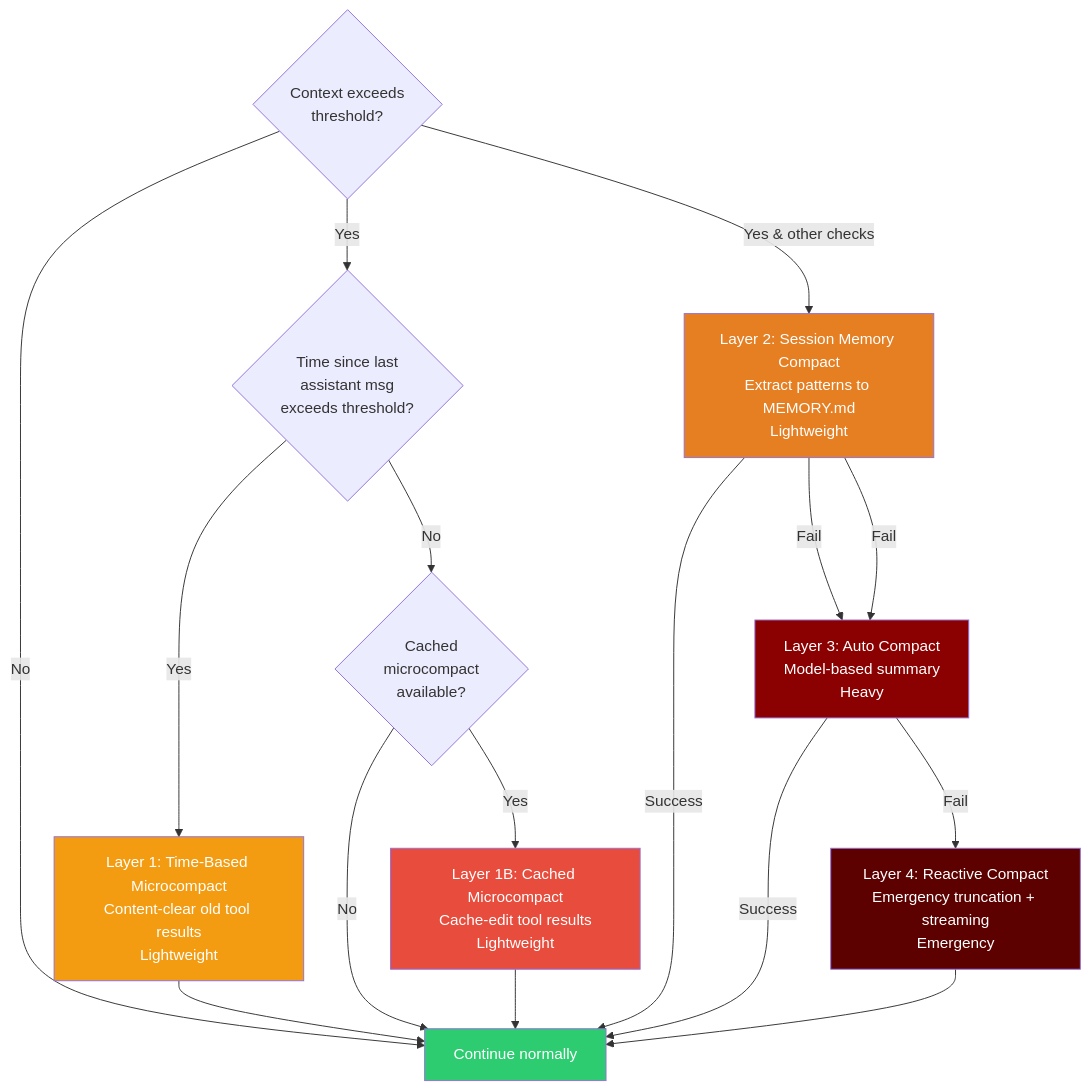
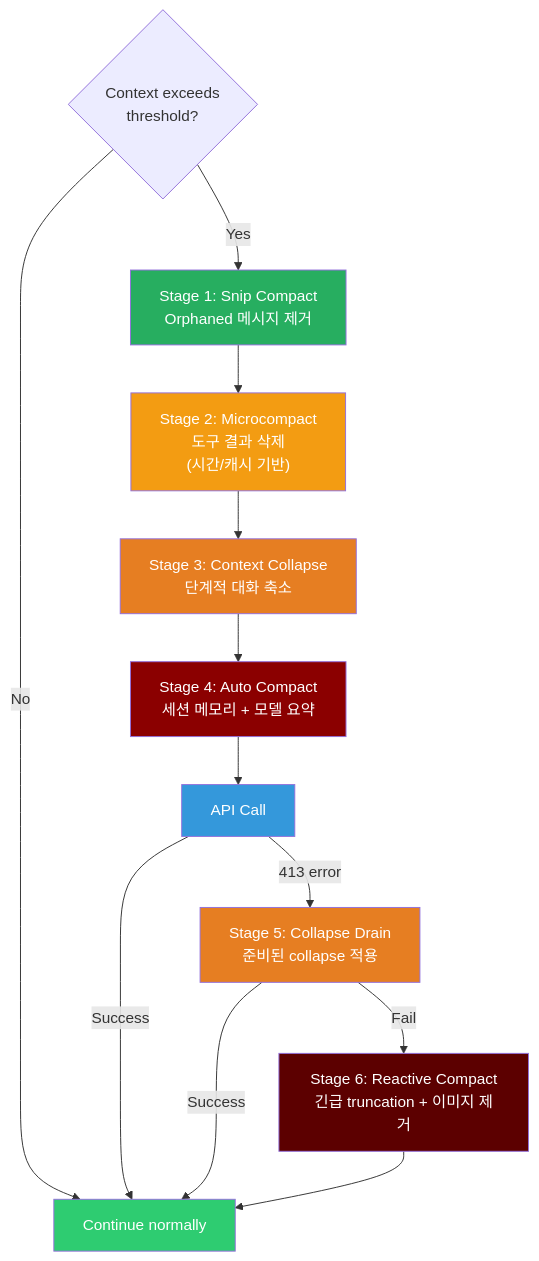
One commit to hi-space/claude-code-unpack-docs changed the second of 4 diagrams in docs/deep/ko/memory/context-budgeting.md. Above: the diagram before and after it, drawn with Mermaid. The commit also changed other lines of this file and 51 other files, not shown here.

````diff
--- a/docs/deep/ko/memory/context-budgeting.md
+++ b/docs/deep/ko/memory/context-budgeting.md
@@ -49,33 +49,26 @@
 ```mermaid
 flowchart TB
     Check{Context exceeds<br/>threshold?}
     Check -->|No| Continue[Continue normally]
-    Check -->|Yes| TBM{Time since last<br/>assistant msg<br/>exceeds threshold?}
-    
-    TBM -->|Yes| L1["Layer 1: Time-Based Microcompact<br/>Content-clear old tool results<br/>Lightweight"]
-    TBM -->|No| CACHE{Cached<br/>microcompact<br/>available?}
-    
-    L1 --> Continue
-    
-    CACHE -->|Yes| L1B["Layer 1B: Cached Microcompact<br/>Cache-edit tool results<br/>Lightweight"]
-    CACHE -->|No| Continue
-    L1B --> Continue
-    
-    Check -->|Yes & other checks| L2["Layer 2: Session Memory Compact<br/>Extract patterns to MEMORY.md<br/>Lightweight"]
-    L2 -->|Success| Continue
-    L2 -->|Fail| L3
-    
-    L2 -->|Fail| L3["Layer 3: Auto Compact<br/>Model-based summary<br/>Heavy"]
-    L3 -->|Success| Continue
-    L3 -->|Fail| L4
-    
-    L4["Layer 4: Reactive Compact<br/>Emergency truncation + streaming<br/>Emergency"]
-    L4 --> Continue
-    
+
+    Check -->|Yes| S1["Stage 1: Snip Compact<br/>Orphaned 메시지 제거"]
+    S1 --> S2["Stage 2: Microcompact<br/>도구 결과 삭제<br/>(시간/캐시 기반)"]
+    S2 --> S3["Stage 3: Context Collapse<br/>단계적 대화 축소"]
+    S3 --> S4["Stage 4: Auto Compact<br/>세션 메모리 + 모델 요약"]
+    S4 --> API["API Call"]
+
+    API -->|Success| Continue
+    API -->|413 error| S5["Stage 5: Collapse Drain<br/>준비된 collapse 적용"]
+    S5 -->|Success| Continue
+    S5 -->|Fail| S6["Stage 6: Reactive Compact<br/>긴급 truncation + 이미지 제거"]
+    S6 --> Continue
+
     style Continue fill:#2ecc71,color:#fff
-    style L1 fill:#f39c12,color:#fff
-    style L1B fill:#e74c3c,color:#fff
-    style L2 fill:#e67e22,color:#fff
-    style L3 fill:#8b0000,color:#fff
-    style L4 fill:#5c0000,color:#fff
+    style S1 fill:#27ae60,color:#fff
+    style S2 fill:#f39c12,color:#fff
+    style S3 fill:#e67e22,color:#fff
+    style S4 fill:#8b0000,color:#fff
+    style API fill:#3498db,color:#fff
+    style S5 fill:#e67e22,color:#fff
+    style S6 fill:#5c0000,color:#fff
 ```
````
